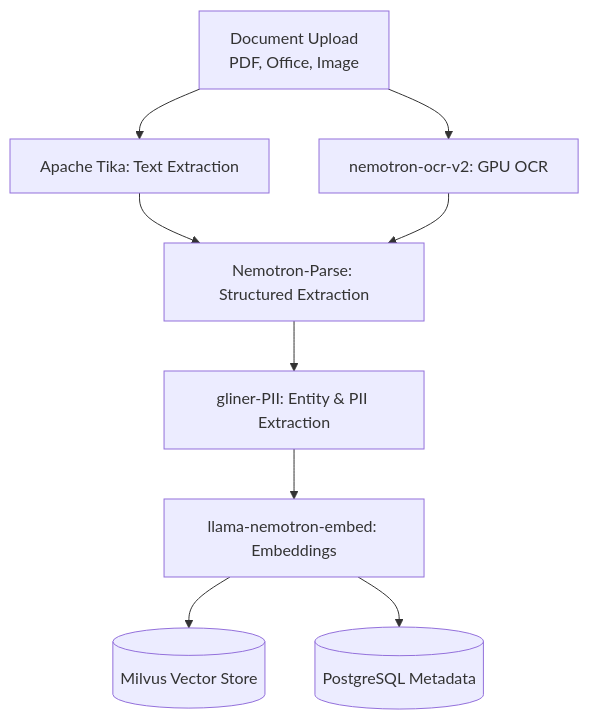
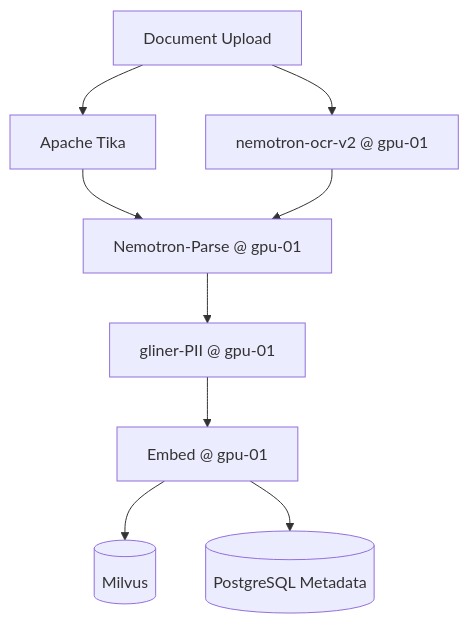
The third of 5 diagrams in goAML-V2-PROJECT-OVERVIEW.md (zeshaq/goaml-v2), drawn with Mermaid before and after one commit. The commit also changed other lines of this file and 101 other files, not shown here.

````diff
--- a/goAML-V2-PROJECT-OVERVIEW.md
+++ b/goAML-V2-PROJECT-OVERVIEW.md
@@ -369,10 +383,11 @@
 ```mermaid
 flowchart TD
-    DOC[Document Upload <br> PDF, Office, Image] --> TIKA[Apache Tika: Text Extraction]
-    DOC --> OCR[nemotron-ocr-v2: GPU OCR]
-    TIKA & OCR --> PARSE[Nemotron-Parse: Structured Extraction]
-    PARSE --> PII[gliner-PII: Entity & PII Extraction]
-    PII --> EMBED[llama-nemotron-embed: Embeddings]
-    EMBED --> DB[(Milvus Vector Store)]
-    EMBED --> META[(PostgreSQL Metadata)]
+    DOC["Document Upload"] --> TIKA["Apache Tika"]
+    DOC --> OCR["nemotron-ocr-v2 @ gpu-01"]
+    TIKA --> PARSE["Nemotron-Parse @ gpu-01"]
+    OCR --> PARSE
+    PARSE --> PII["gliner-PII @ gpu-01"]
+    PII --> EMBED["Embed @ gpu-01"]
+    EMBED --> MILVUS[(Milvus)]
+    EMBED --> PG[(PostgreSQL Metadata)]
 ```
````
